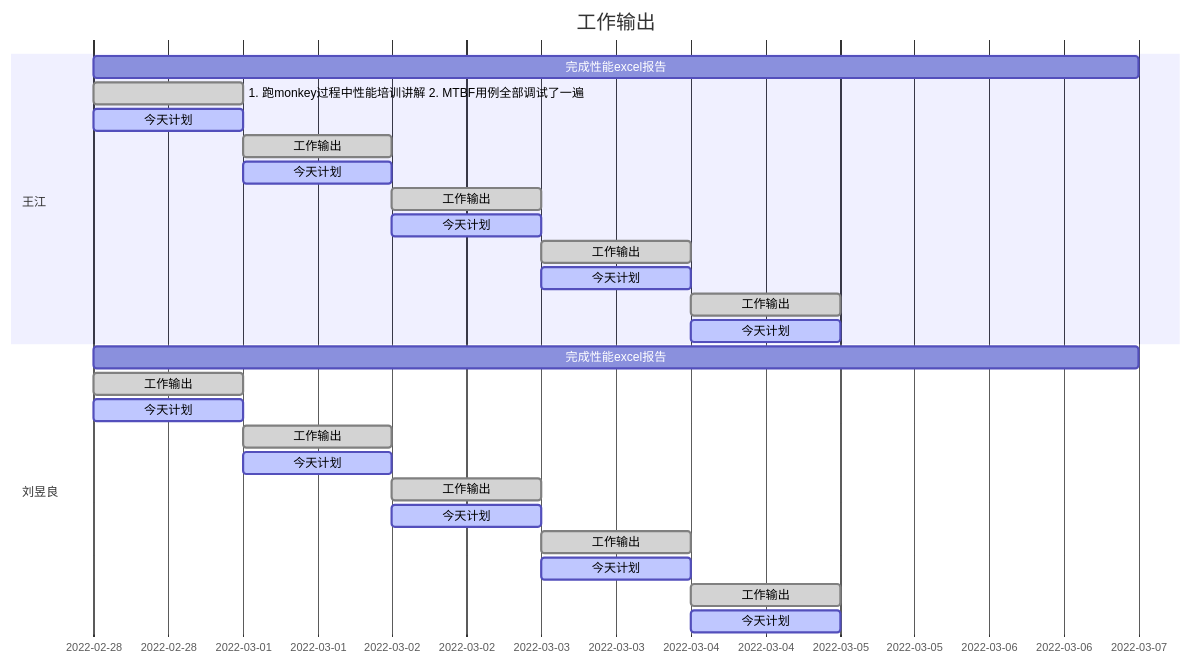
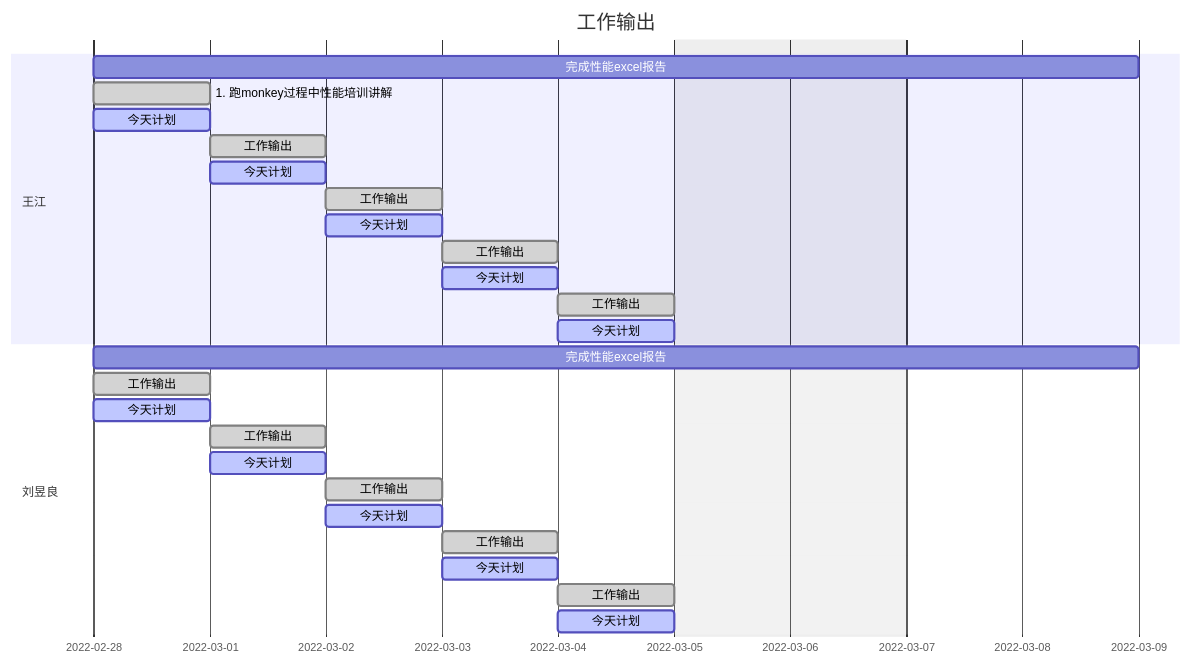
The diagram in README.md (DC-Melo/README), drawn with Mermaid before and after one commit. The commit also changed other lines of this file, not shown here.

````diff
--- a/README.md
+++ b/README.md
@@ -92,31 +74,32 @@
 ```mermaid
 gantt
+    title 工作输出 
     dateFormat  YYYY-MM-DD
-    title 工作输出
+    excludes    weekends
 
     section 王江
     完成性能excel报告  : weekplan  , 2022-02-28 , 1w
-    1. 跑monkey过程中性能培训讲解 2. MTBF用例全部调试了一遍       : done,   monf  , 2022-02-28 , 1d
+    1. 跑monkey过程中性能培训讲解        : done,   monf  , 2022-02-28 , 1d
     今天计划       : active, monp  , 2022-02-28 , 1d
     工作输出       : done,   Tuef  , 2022-03-01 , 1d
     今天计划       : active, Tuep  , 2022-03-01 , 1d
     工作输出       : done,   Wedf  , 2022-03-02 , 1d
     今天计划       : active, Wedp  , 2022-03-02 , 1d
     工作输出       : done,   Thuf  , 2022-03-03 , 1d
     今天计划       : active, Thup  , 2022-03-03 , 1d
     工作输出       : done,   Frif  , 2022-03-04 , 1d
     今天计划       : active, Frip  , 2022-03-04 , 1d
     section 刘昱良
     完成性能excel报告  : weekplan  , 2022-02-28 , 1w
     工作输出       : done,   monf  , 2022-02-28 , 1d
     今天计划       : active, monp  , 2022-02-28 , 1d
     工作输出       : done,   Tuef  , 2022-03-01 , 1d
     今天计划       : active, Tuep  , 2022-03-01 , 1d
     工作输出       : done,   Wedf  , 2022-03-02 , 1d
     今天计划       : active, Wedp  , 2022-03-02 , 1d
     工作输出       : done,   Thuf  , 2022-03-03 , 1d
     今天计划       : active, Thup  , 2022-03-03 , 1d
     工作输出       : done,   Frif  , 2022-03-04 , 1d
     今天计划       : active, Frip  , 2022-03-04 , 1d
 
 ```
````
